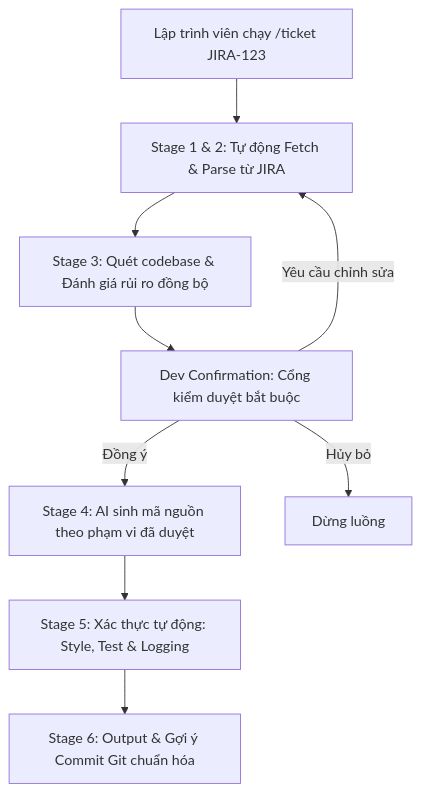
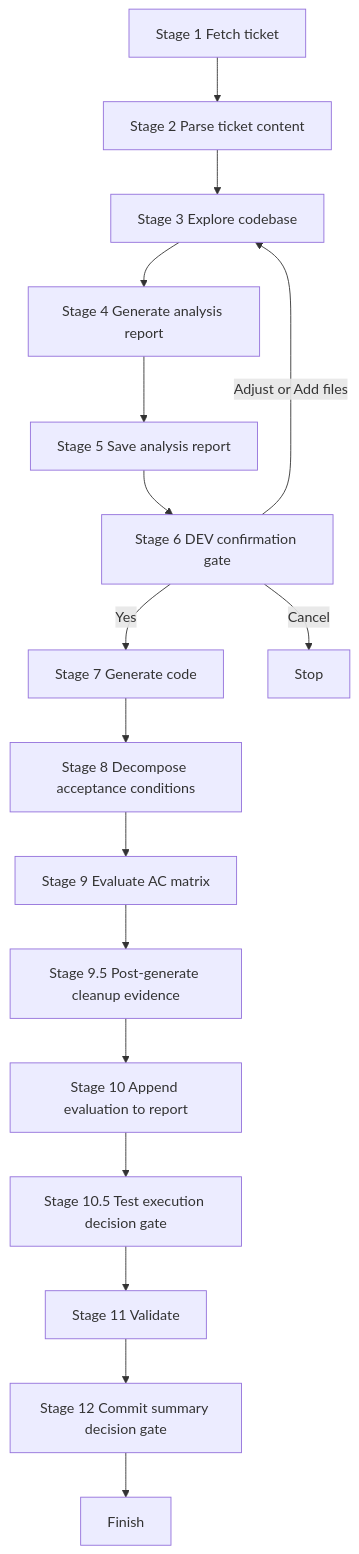
The diagram in src/data/docs/ticket2code/chapter2_6_stage_pipeline.md (tadev999/tadev999.github.io), drawn with Mermaid before and after one commit. The commit also changed other lines of this file, not shown here.

````diff
--- a/src/data/docs/ticket2code/chapter2_6_stage_pipeline.md
+++ b/src/data/docs/ticket2code/chapter2_6_stage_pipeline.md
@@ -20,11 +17,20 @@
 ```mermaid
 flowchart TD
-    A[Lập trình viên chạy /ticket JIRA-123] --> B[Stage 1 & 2: Tự động Fetch & Parse từ JIRA]
-    B --> C[Stage 3: Quét codebase & Đánh giá rủi ro đồng bộ]
-    C --> D[Dev Confirmation: Cổng kiểm duyệt bắt buộc]
-    D -->|Đồng ý| E[Stage 4: AI sinh mã nguồn theo phạm vi đã duyệt]
-    D -->|Yêu cầu chỉnh sửa| B
-    D -->|Hủy bỏ| F[Dừng luồng]
-    E --> G[Stage 5: Xác thực tự động: Style, Test & Logging]
-    G --> H[Stage 6: Output & Gợi ý Commit Git chuẩn hóa]
+    A[Stage 1 Fetch ticket] --> B[Stage 2 Parse ticket content]
+    B --> C[Stage 3 Explore codebase]
+    C --> D[Stage 4 Generate analysis report]
+    D --> E[Stage 5 Save analysis report]
+    E --> F[Stage 6 DEV confirmation gate]
+    F -->|Yes| G[Stage 7 Generate code]
+    F -->|Adjust or Add files| C
+    F -->|Cancel| Z[Stop]
+
+    G --> H[Stage 8 Decompose acceptance conditions]
+    H --> I[Stage 9 Evaluate AC matrix]
+    I --> J[Stage 9.5 Post-generate cleanup evidence]
+    J --> K[Stage 10 Append evaluation to report]
+    K --> L[Stage 10.5 Test execution decision gate]
+    L --> M[Stage 11 Validate]
+    M --> N[Stage 12 Commit summary decision gate]
+    N --> O[Finish]
 ```
````
